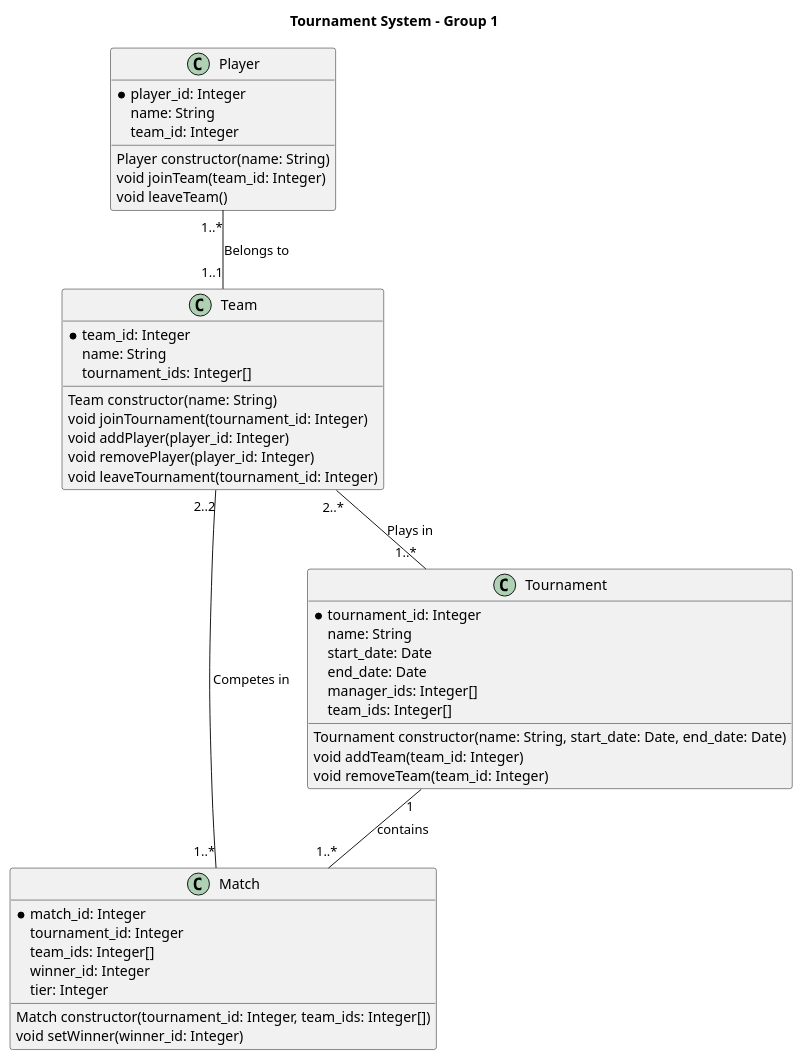
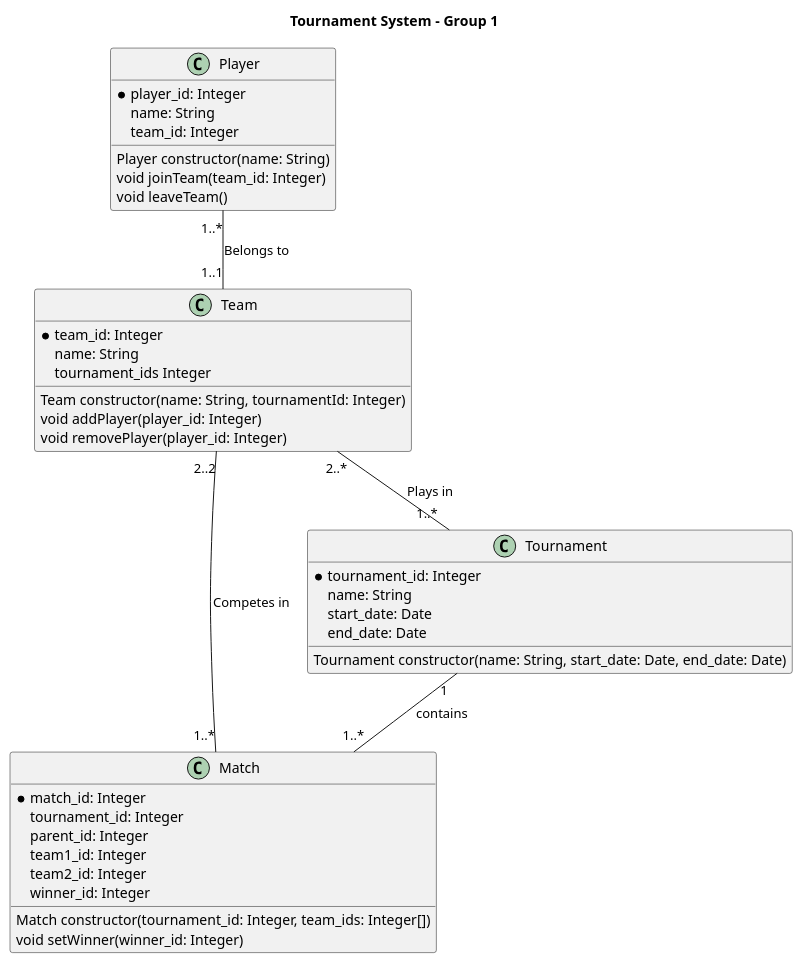
The diagram in documentation/classDiagram.puml (felixalbrigtsen/asura-tmdb), drawn with PlantUML before and after one commit.

Commit message:
Removed arrays from class diagram

```diff
--- a/documentation/classDiagram.puml
+++ b/documentation/classDiagram.puml
@@ -1,58 +1,53 @@
 @startuml Tournament System
 ' Internal development class diagram
 ' Describes database fields and object methods required
 title Tournament System - Group 1 
 
 class Match {
     *match_id: Integer
     tournament_id: Integer
-    team_ids: Integer[]
+    parent_id: Integer
+    team1_id: Integer
+    team2_id: Integer
     winner_id: Integer
-    tier: Integer
 
     Match constructor(tournament_id: Integer, team_ids: Integer[])
     void setWinner(winner_id: Integer)
 }
 class Team {
     *team_id: Integer
     name: String
-    tournament_ids: Integer[]
+    tournament_ids Integer
 
-    Team constructor(name: String)
-    void joinTournament(tournament_id: Integer)
+    Team constructor(name: String, tournamentId: Integer)
     void addPlayer(player_id: Integer)
     void removePlayer(player_id: Integer)
-    void leaveTournament(tournament_id: Integer)
 }
 class Player {
     *player_id: Integer
     name: String
     team_id: Integer
 
 
     Player constructor(name: String)
     void joinTeam(team_id: Integer)
     void leaveTeam()
 }
 
 class Tournament {
     *tournament_id: Integer
     name: String
     start_date: Date
     end_date: Date
-    manager_ids: Integer[]
-    team_ids: Integer[]
 
     Tournament constructor(name: String, start_date: Date, end_date: Date)
-    void addTeam(team_id: Integer)
-    void removeTeam(team_id: Integer)
 }
 
 
 Team "2..*" -- "1..*" Tournament : "Plays in"
 Tournament "1" -- "1..*" Match : contains
 Player "1..*" -- "1..1" Team : "Belongs to"
 Team "2..2" -- "1..*" Match : "Competes in"
 
 
 @enduml
```
